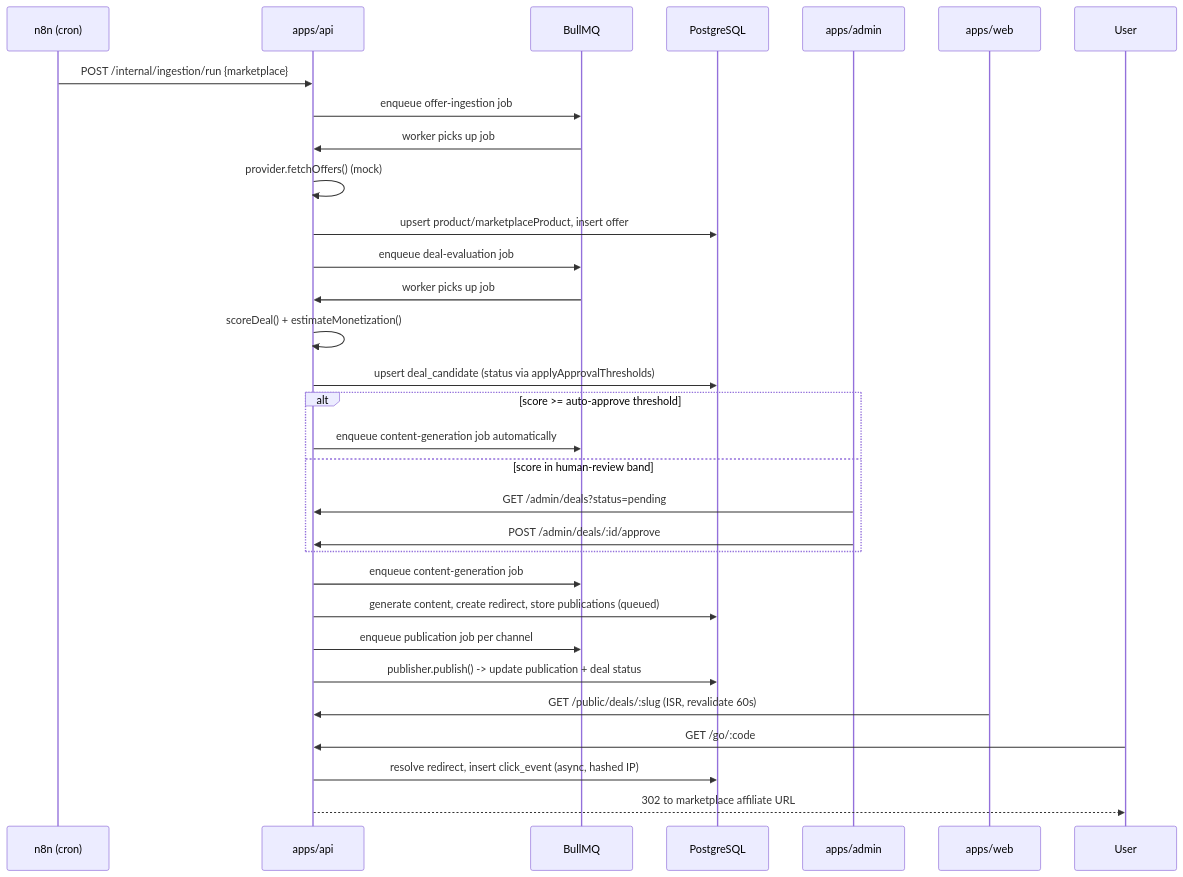
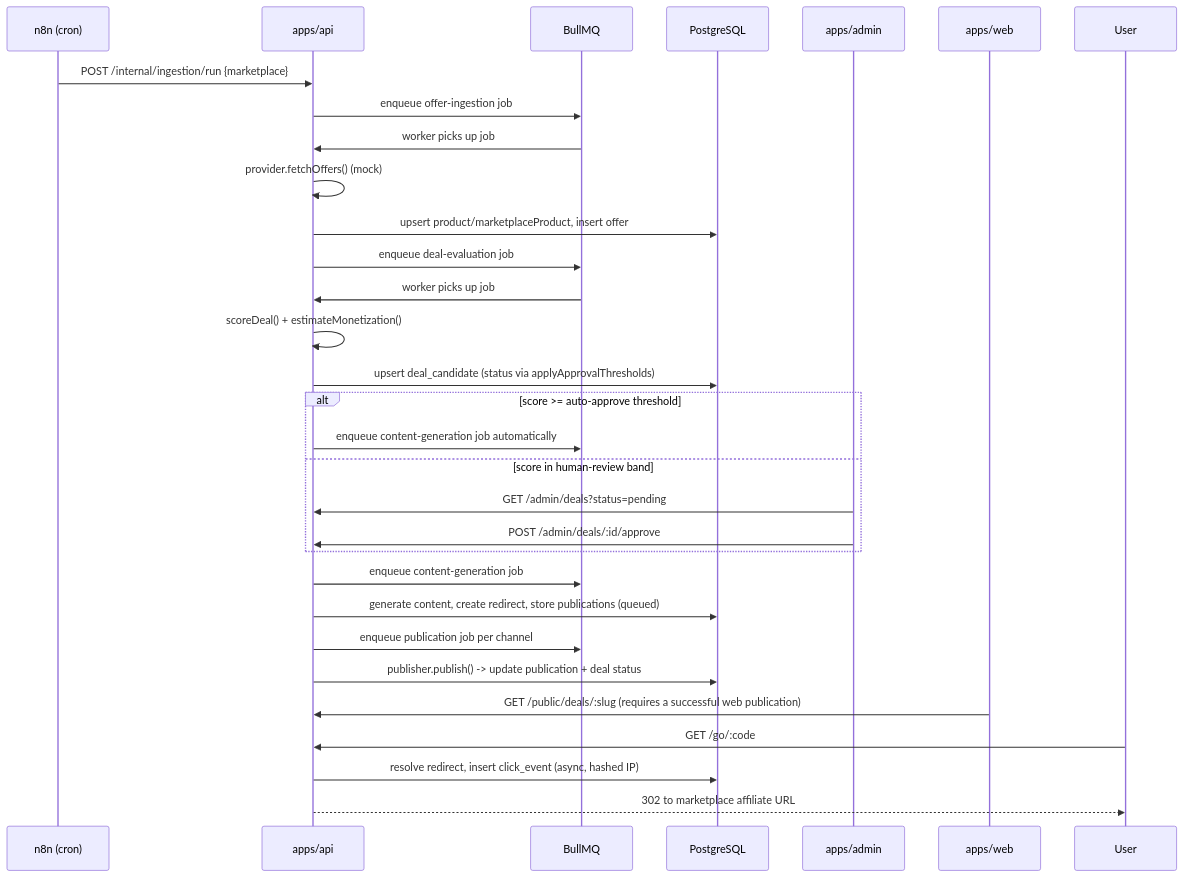
The third of 3 diagrams in docs/architecture.md (David-Ackerman/dev-das-promos), drawn with Mermaid before and after one commit. The commit also changed other lines of this file and 154 other files, not shown here.

````diff
--- a/docs/architecture.md
+++ b/docs/architecture.md
@@ -149,34 +154,34 @@
 ```mermaid
 sequenceDiagram
     participant N8N as n8n (cron)
     participant API as apps/api
     participant Q as BullMQ
     participant DB as PostgreSQL
     participant Admin as apps/admin
     participant Web as apps/web
     participant User
 
     N8N->>API: POST /internal/ingestion/run {marketplace}
     API->>Q: enqueue offer-ingestion job
     Q->>API: worker picks up job
     API->>API: provider.fetchOffers() (mock)
     API->>DB: upsert product/marketplaceProduct, insert offer
     API->>Q: enqueue deal-evaluation job
     Q->>API: worker picks up job
     API->>API: scoreDeal() + estimateMonetization()
     API->>DB: upsert deal_candidate (status via applyApprovalThresholds)
     alt score >= auto-approve threshold
         API->>Q: enqueue content-generation job automatically
     else score in human-review band
         Admin->>API: GET /admin/deals?status=pending
         Admin->>API: POST /admin/deals/:id/approve
     end
     API->>Q: enqueue content-generation job
     API->>DB: generate content, create redirect, store publications (queued)
     API->>Q: enqueue publication job per channel
     API->>DB: publisher.publish() -> update publication + deal status
-    Web->>API: GET /public/deals/:slug (ISR, revalidate 60s)
+    Web->>API: GET /public/deals/:slug (requires a successful web publication)
     User->>API: GET /go/:code
     API->>DB: resolve redirect, insert click_event (async, hashed IP)
     API-->>User: 302 to marketplace affiliate URL
 ```
````
